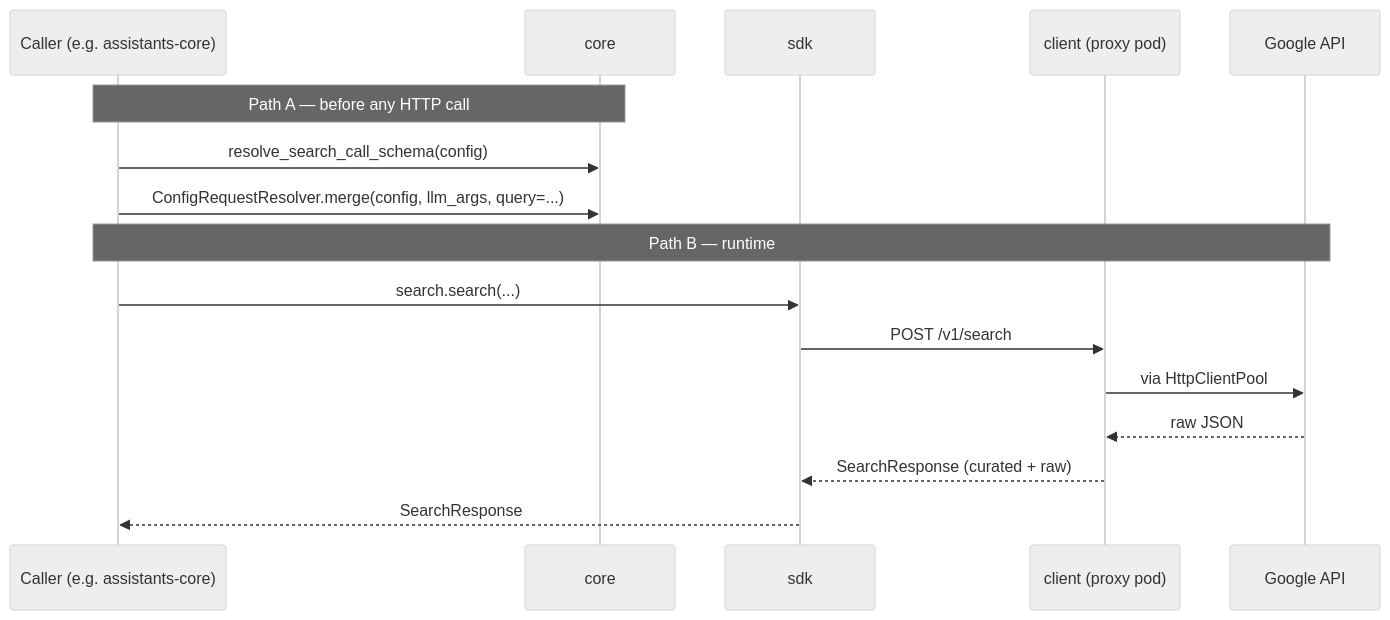
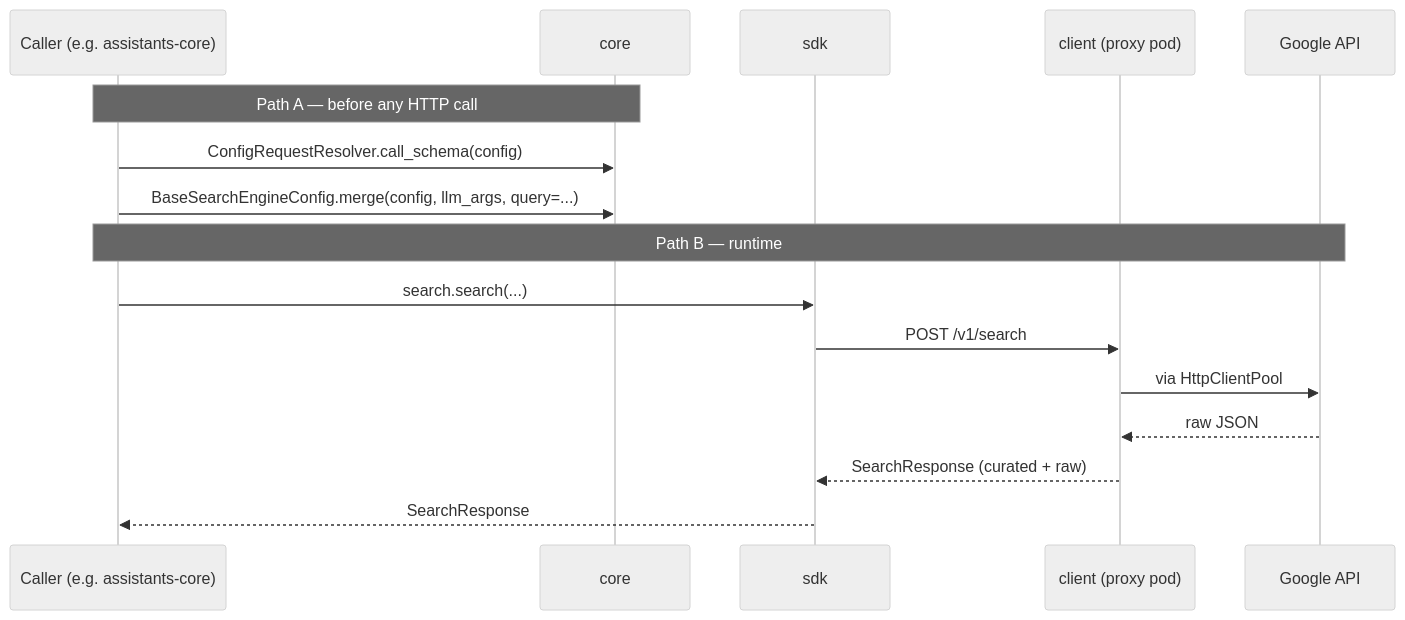
One commit to Unique-AG/ai changed the third of 3 diagrams in connectors/unique_search_proxy/README.md. Above: the diagram before and after it, drawn with Mermaid (neutral theme). The commit also changed other lines of this file and 45 other files, not shown here.

````diff
--- a/connectors/unique_search_proxy/README.md
+++ b/connectors/unique_search_proxy/README.md
@@ -115,20 +115,20 @@
 ```mermaid
 sequenceDiagram
     participant AC as Caller (e.g. assistants-core)
     participant Core as core
     participant SDK as sdk
     participant Proxy as client (proxy pod)
     participant Google as Google API
 
     Note over AC,Core: Path A — before any HTTP call
-    AC->>Core: resolve_search_call_schema(config)
-    AC->>Core: ConfigRequestResolver.merge(config, llm_args, query=...)
+    AC->>Core: ConfigRequestResolver.call_schema(config)
+    AC->>Core: BaseSearchEngineConfig.merge(config, llm_args, query=...)
 
     Note over AC,Google: Path B — runtime
     AC->>SDK: search.search(...)
     SDK->>Proxy: POST /v1/search
     Proxy->>Google: via HttpClientPool
     Google-->>Proxy: raw JSON
     Proxy-->>SDK: SearchResponse (curated + raw)
     SDK-->>AC: SearchResponse
 ```
````
